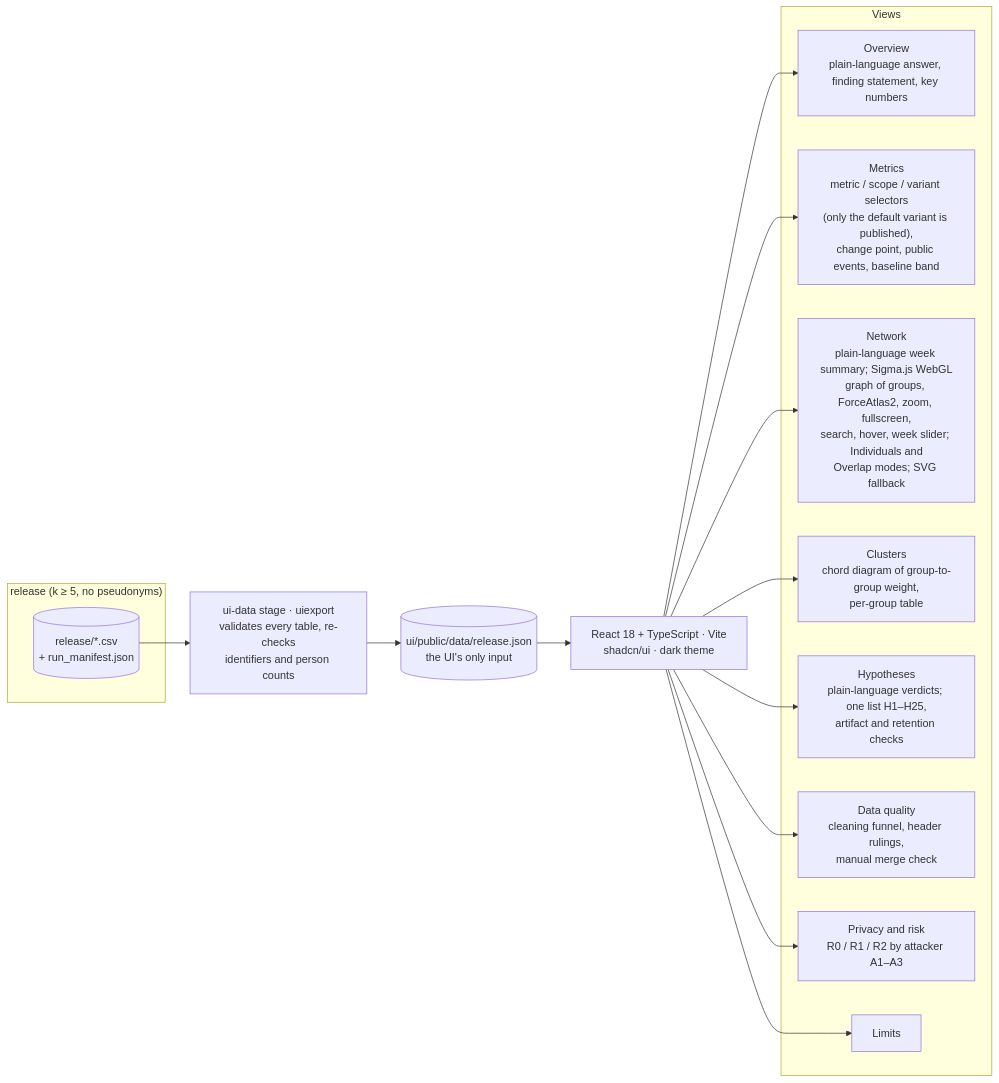
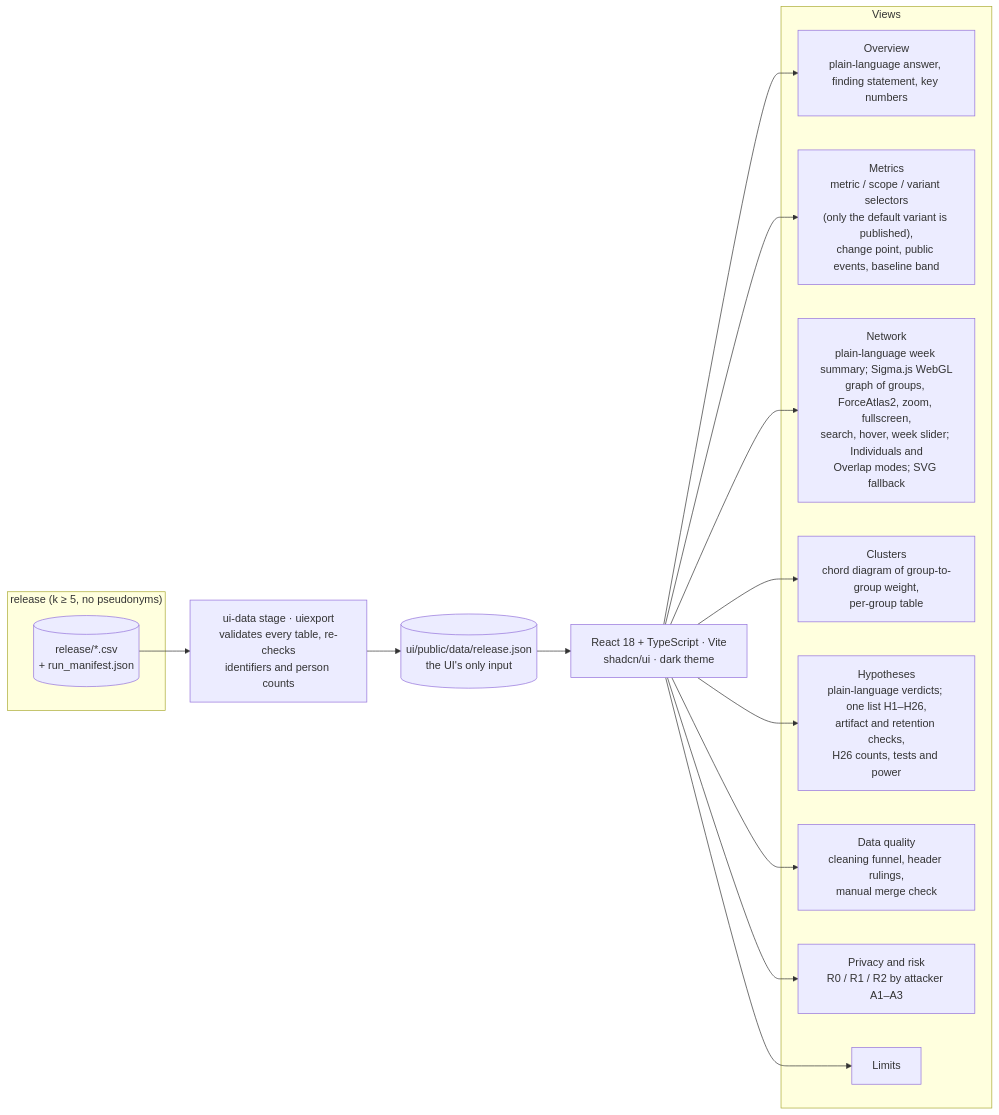
Before and after one commit to marcusvieira88/network-science: the sixth of 6 diagrams in docs/architecture.md, drawn with Mermaid. The commit also changed 30 other files, not shown here.

````diff
--- a/docs/architecture.md
+++ b/docs/architecture.md
@@ -242,20 +242,20 @@
 ```mermaid
 flowchart LR
     subgraph REL["release (k ≥ 5, no pseudonyms)"]
         T8[(release/*.csv<br/>+ run_manifest.json)]
     end
     T8 --> S10[ui-data stage · uiexport<br/>validates every table, re-checks<br/>identifiers and person counts]
     S10 --> J[(ui/public/data/release.json<br/>the UI's only input)]
     J --> APP[React 18 + TypeScript · Vite<br/>shadcn/ui · dark theme]
     subgraph Views
         V1[Overview<br/>plain-language answer, finding statement, key numbers]
         V2["Metrics<br/>metric / scope / variant selectors<br/>(only the default variant is published),<br/>change point, public events, baseline band"]
         V3[Network<br/>plain-language week summary; Sigma.js WebGL<br/>graph of groups, ForceAtlas2, zoom, fullscreen,<br/>search, hover, week slider; Individuals and<br/>Overlap modes; SVG fallback]
         V4[Clusters<br/>chord diagram of group-to-group weight,<br/>per-group table]
-        V5[Hypotheses<br/>plain-language verdicts; one list H1–H25,<br/>artifact and retention checks]
+        V5[Hypotheses<br/>plain-language verdicts; one list H1–H26,<br/>artifact and retention checks,<br/>H26 counts, tests and power]
         V6[Data quality<br/>cleaning funnel, header rulings,<br/>manual merge check]
         V7[Privacy and risk<br/>R0 / R1 / R2 by attacker A1–A3]
         V8[Limits]
     end
     APP --> V1 & V2 & V3 & V4 & V5 & V6 & V7 & V8
 ```
````
